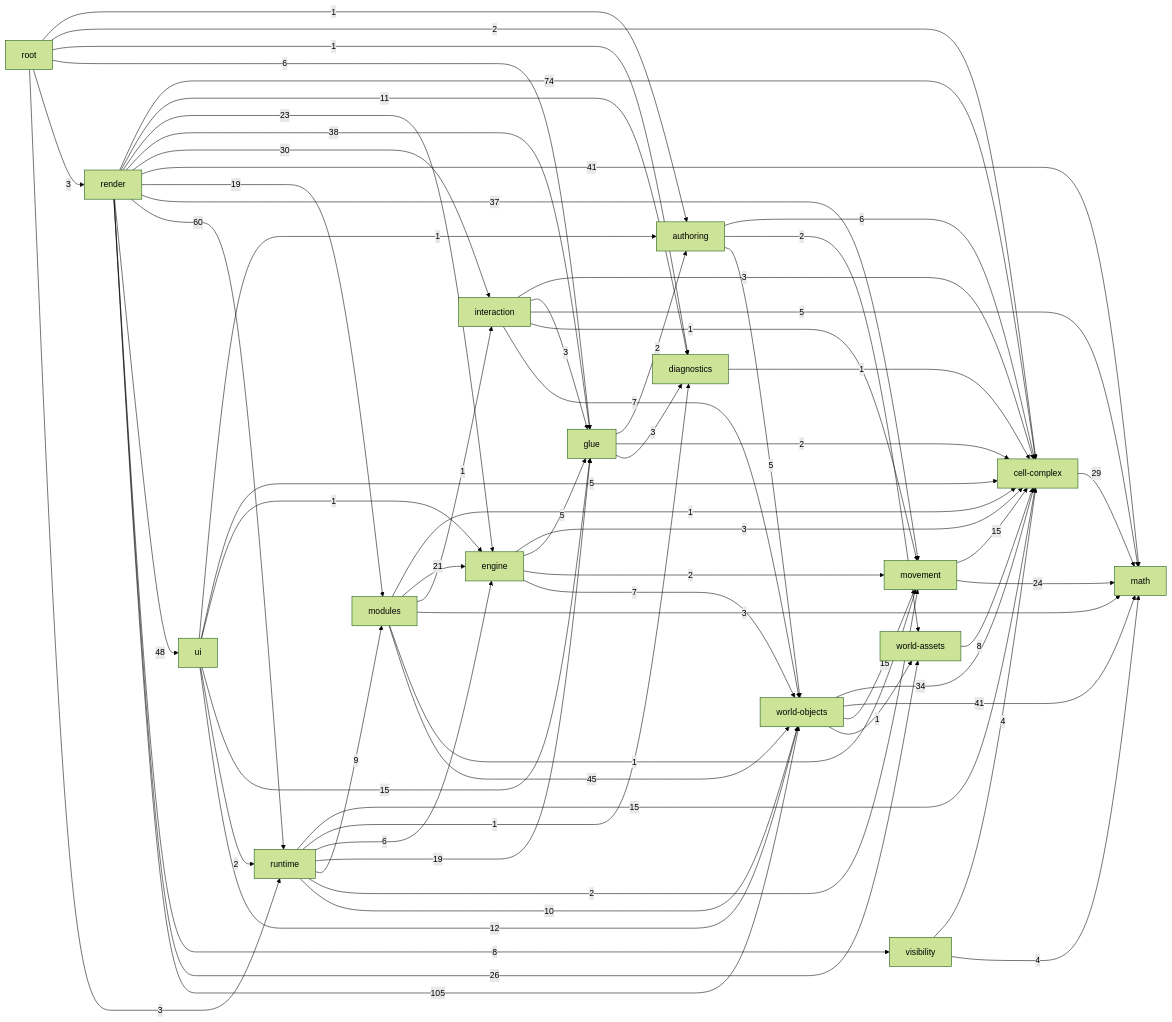
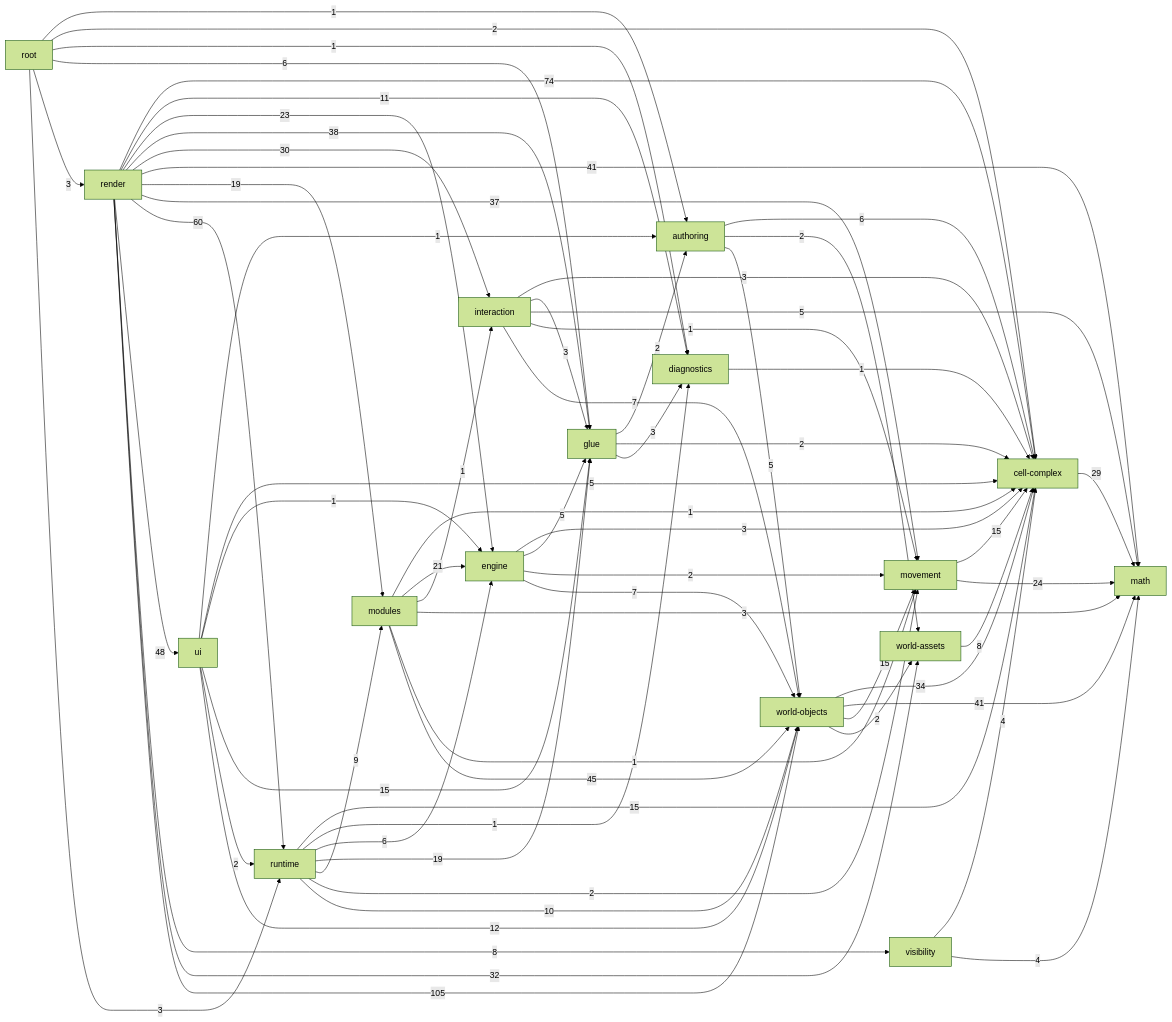
One commit to guraltsev/noneuclid-fpv changed the diagram in _docs/generated/ARCHITECTURE_REFERENCE.md. Above: the diagram before and after it, drawn with Mermaid (forest theme). The commit also changed other lines of this file and 43 other files, not shown here.

````diff
--- a/_docs/generated/ARCHITECTURE_REFERENCE.md
+++ b/_docs/generated/ARCHITECTURE_REFERENCE.md
@@ -88,7 +88,7 @@
   render -->|60| runtime
   render -->|48| ui
   render -->|8| visibility
-  render -->|26| world_assets
+  render -->|32| world_assets
   render -->|105| world_objects
   root -->|1| authoring
   root -->|2| cell_complex
@@ -115,5 +115,5 @@
   world_objects -->|34| cell_complex
   world_objects -->|41| math
   world_objects -->|15| movement
-  world_objects -->|1| world_assets
+  world_objects -->|2| world_assets
 ```
````
